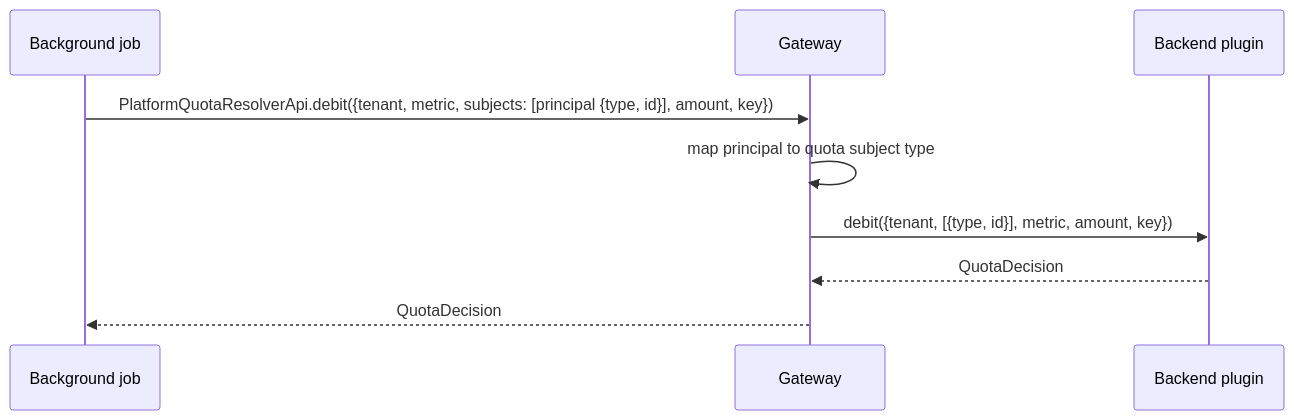
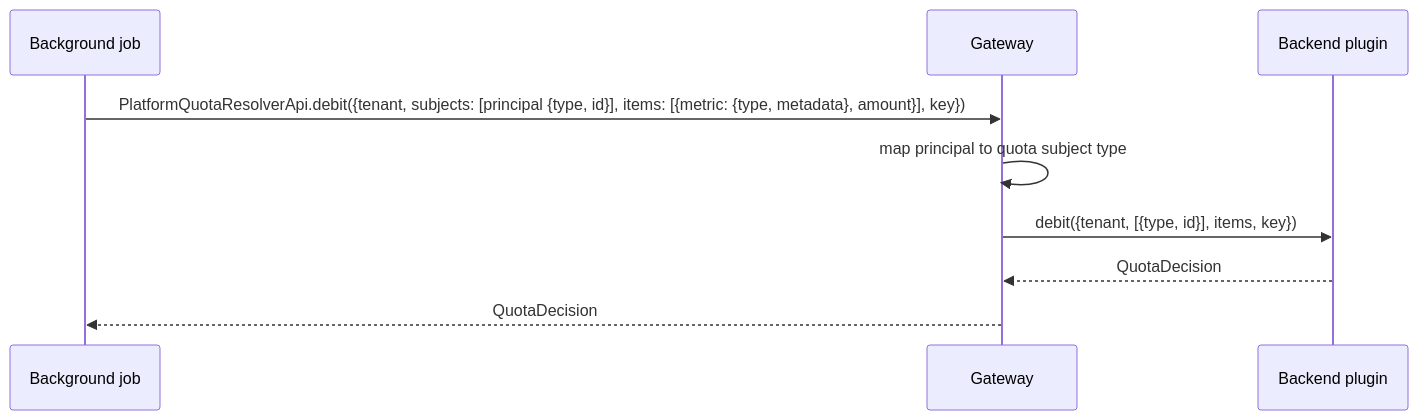
The third of 4 diagrams in gears/system/quota-resolver/docs/DESIGN.md (constructorfabric/gears-rust), drawn with Mermaid before and after one commit. The commit also changed other lines of this file and 48 other files, not shown here.

````diff
--- a/gears/system/quota-resolver/docs/DESIGN.md
+++ b/gears/system/quota-resolver/docs/DESIGN.md
@@ -449,11 +497,11 @@
 ```mermaid
 sequenceDiagram
     participant J as Background job
     participant G as Gateway
     participant A as Backend plugin
-    J->>G: PlatformQuotaResolverApi.debit({tenant, metric, subjects: [principal {type, id}], amount, key})
+    J->>G: PlatformQuotaResolverApi.debit({tenant, subjects: [principal {type, id}], items: [{metric: {type, metadata}, amount}], key})
     G->>G: map principal to quota subject type
-    G->>A: debit({tenant, [{type, id}], metric, amount, key})
+    G->>A: debit({tenant, [{type, id}], items, key})
     A-->>G: QuotaDecision
     G-->>J: QuotaDecision
 ```
````
